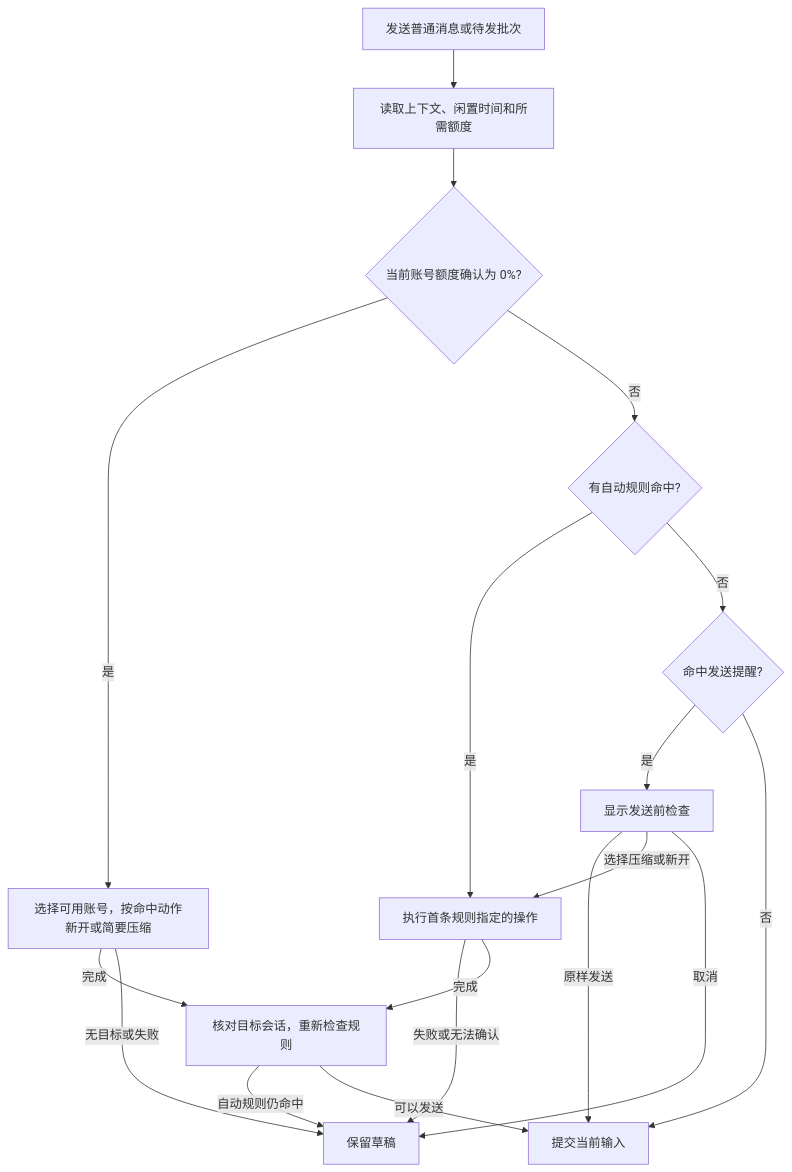
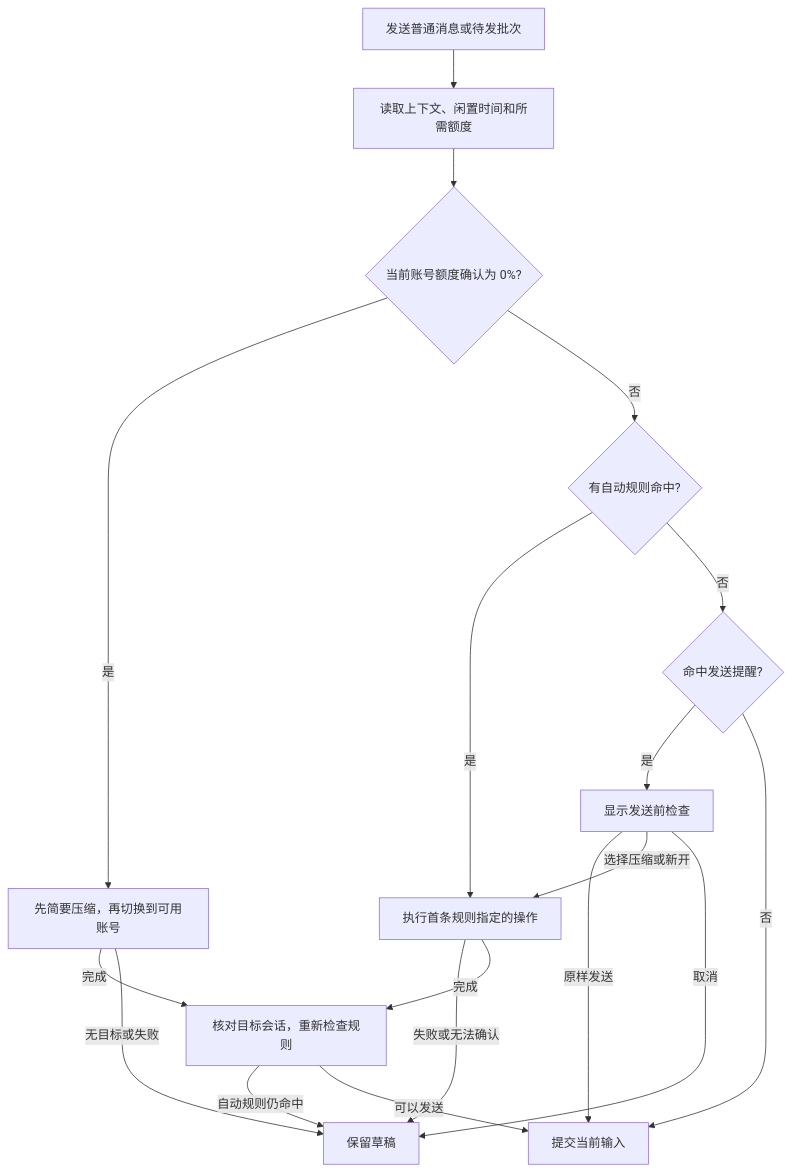
One commit to Poeagle/agentManager changed the diagram in docs/conversation-send-guard.md. Above: the diagram before and after it, drawn with Mermaid. The commit also changed other lines of this file and 34 other files, not shown here.

````diff
--- a/docs/conversation-send-guard.md
+++ b/docs/conversation-send-guard.md
@@ -35,20 +35,20 @@
 ```mermaid
 flowchart TD
     A[发送普通消息或待发批次] --> B[读取上下文、闲置时间和所需额度]
     B --> Q{当前账号额度确认为 0%?}
-    Q -->|是| K[选择可用账号，按命中动作新开或简要压缩]
+    Q -->|是| K[先简要压缩，再切换到可用账号]
     K -->|完成| H
     K -->|无目标或失败| J
     Q -->|否| C{有自动规则命中?}
     C -->|是| D[执行首条规则指定的操作]
     C -->|否| E{命中发送提醒?}
     E -->|是| F[显示发送前检查]
     E -->|否| G[提交当前输入]
     F -->|原样发送| G
     F -->|选择压缩或新开| D
     F -->|取消| J[保留草稿]
     D -->|失败或无法确认| J
     D -->|完成| H[核对目标会话，重新检查规则]
     H -->|自动规则仍命中| J
     H -->|可以发送| G
 ```
````
